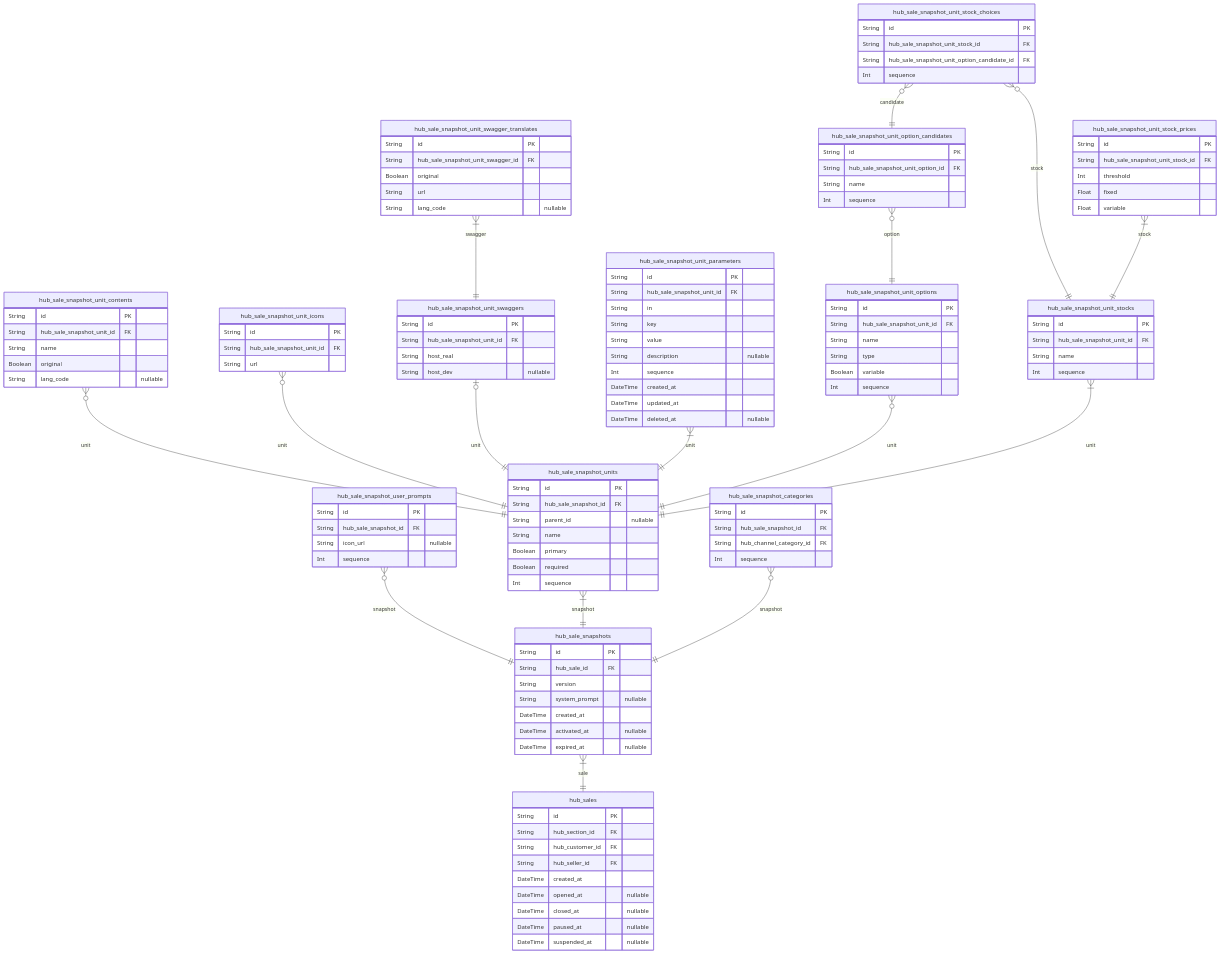
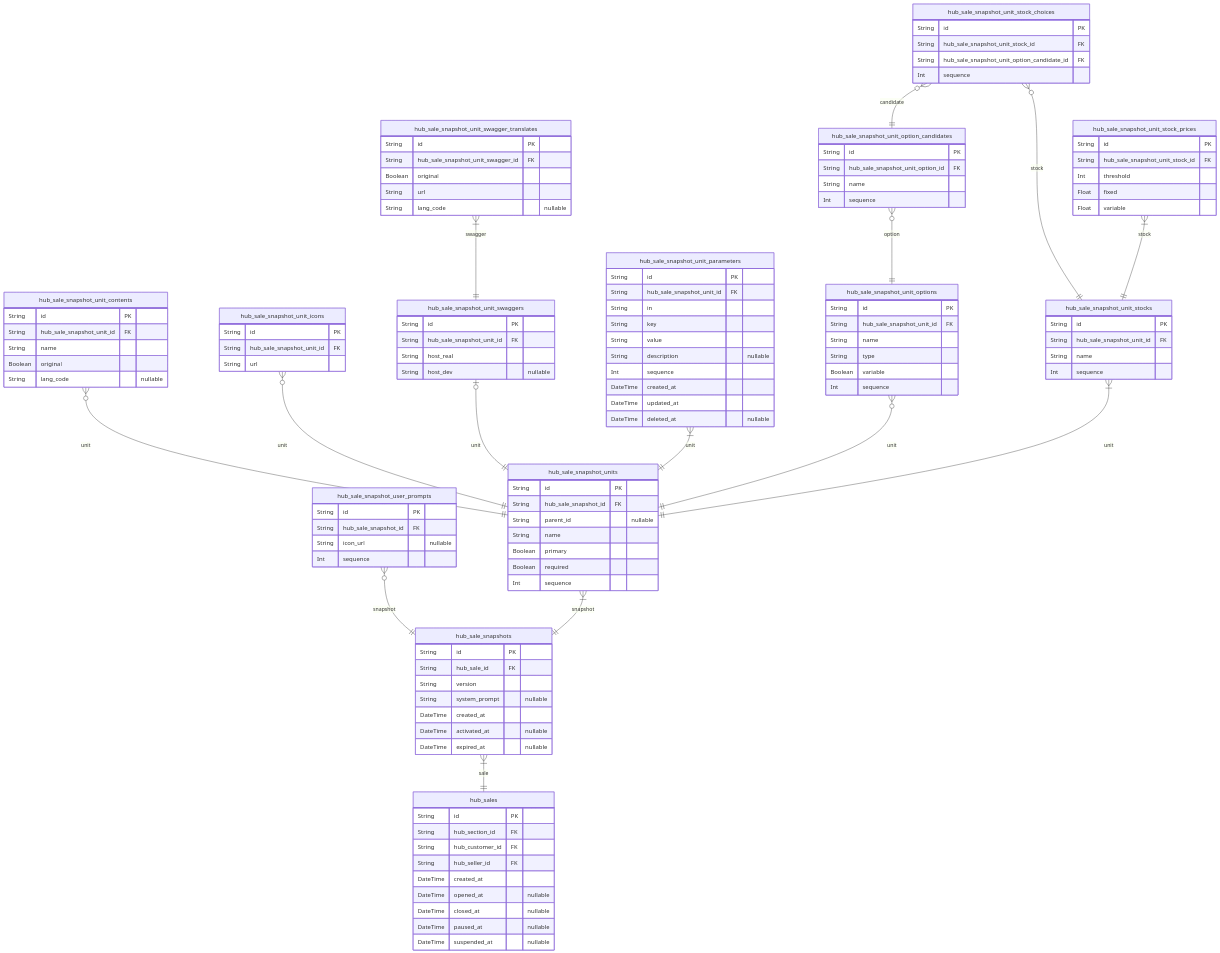
Before and after one commit to wrtnlabs/backend: the fourth of 16 diagrams in docs/ERD.md, drawn with Mermaid. The commit also changed other lines of this file and 1 other file, not shown here.

First line of the commit message:
Change sdk readme & erd (#82)

````diff
--- a/docs/ERD.md
+++ b/docs/ERD.md
@@ -987,12 +1019,6 @@
   Float fixed
   Float variable
 }
-"hub_sale_snapshot_categories" {
-  String id PK
-  String hub_sale_snapshot_id FK
-  String hub_channel_category_id FK
-  Int sequence
-}
 "hub_sale_snapshots" }|--|| "hub_sales" : sale
 "hub_sale_snapshot_user_prompts" }o--|| "hub_sale_snapshots" : snapshot
 "hub_sale_snapshot_units" }|--|| "hub_sale_snapshots" : snapshot
@@ -1007,5 +1033,4 @@
 "hub_sale_snapshot_unit_stock_choices" }o--|| "hub_sale_snapshot_unit_stocks" : stock
 "hub_sale_snapshot_unit_stock_choices" }o--|| "hub_sale_snapshot_unit_option_candidates" : candidate
 "hub_sale_snapshot_unit_stock_prices" }|--|| "hub_sale_snapshot_unit_stocks" : stock
-"hub_sale_snapshot_categories" }o--|| "hub_sale_snapshots" : snapshot
 ```
````
